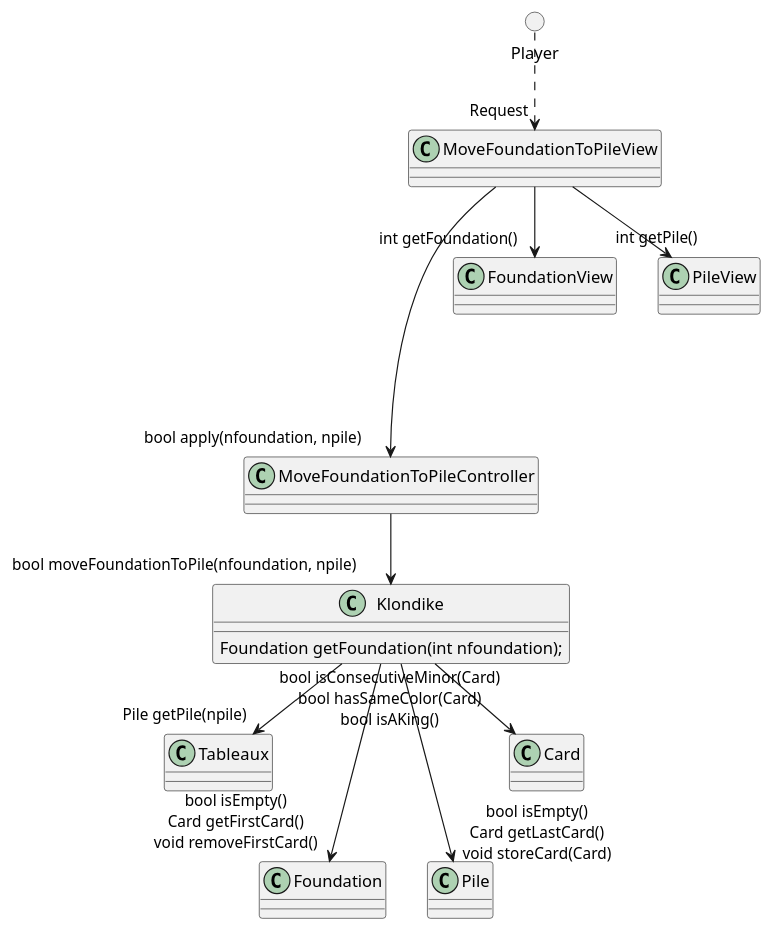
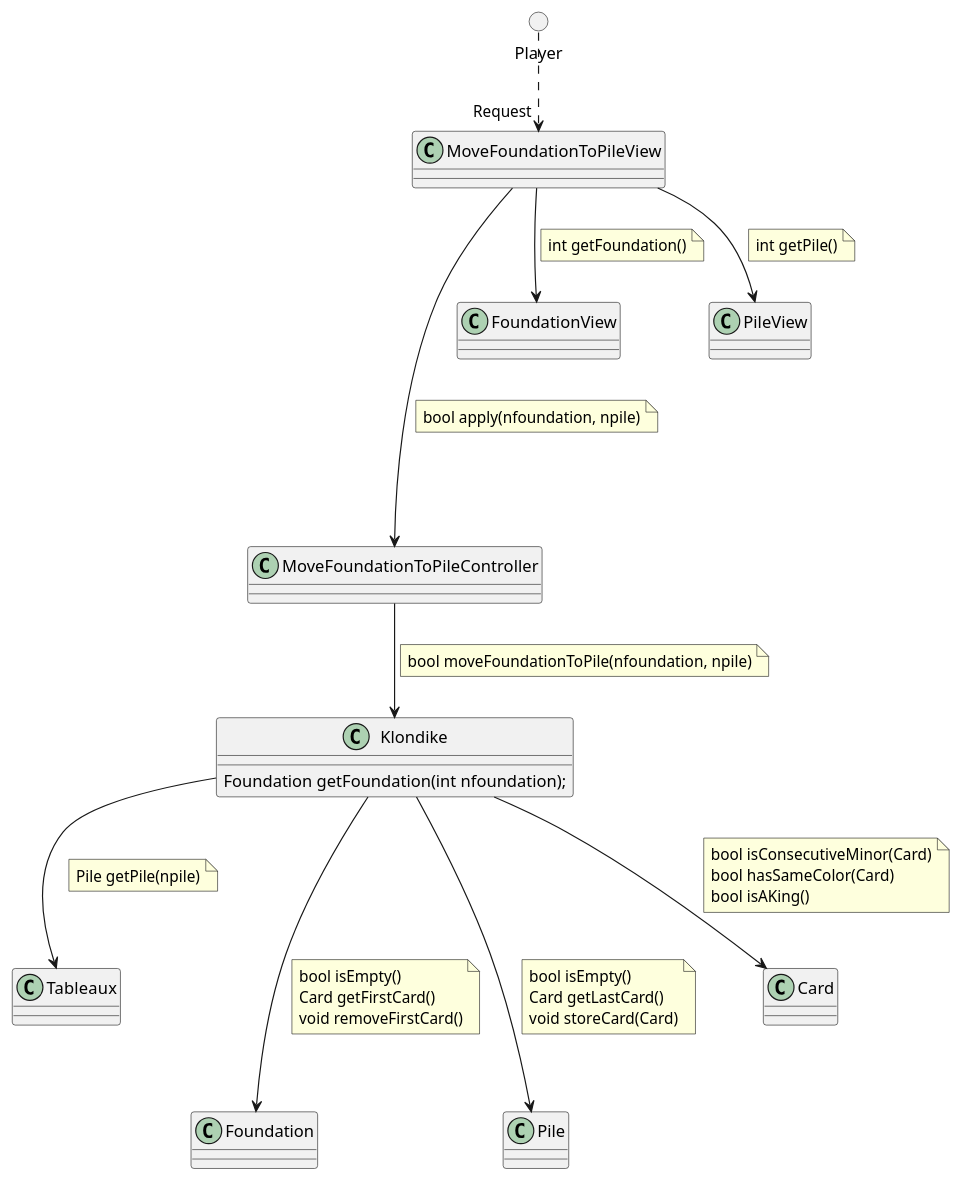
The diagram in analysis/collaboration/MoveFoundationToPile.puml (ciscoruiz/klondike), drawn with PlantUML before and after one commit. The commit also changed 2 other files, not shown here.

Commit message:
Use "note on link" expression to improve readability of diagrams

```diff
--- a/analysis/collaboration/MoveFoundationToPile.puml
+++ b/analysis/collaboration/MoveFoundationToPile.puml
@@ -1,27 +1,37 @@
 @startuml
 class MoveFoundationToPileView
 class MoveFoundationToPileController
 class Klondike
 circle Player
 
 Player ..> "Request" MoveFoundationToPileView
 
-MoveFoundationToPileView --> "int getFoundation()" FoundationView
-MoveFoundationToPileView --> "int getPile()" PileView
+MoveFoundationToPileView --> FoundationView
+note on link: int getFoundation()
 
-MoveFoundationToPileView ----> "bool apply(nfoundation, npile)" MoveFoundationToPileController
+MoveFoundationToPileView --> PileView
+note on link: int getPile()
 
-MoveFoundationToPileController --> "bool moveFoundationToPile(nfoundation, npile)" Klondike
+MoveFoundationToPileView ---->  MoveFoundationToPileController
+note on link: bool apply(nfoundation, npile)
+
+MoveFoundationToPileController --> Klondike
+note on link: bool moveFoundationToPile(nfoundation, npile)
 
 class Klondike {
    Foundation getFoundation(int nfoundation);
 }
 
-Klondike --> "Pile getPile(npile)" Tableaux
+Klondike --> Tableaux
+note on link: Pile getPile(npile)
 
-Klondike ---> "bool isEmpty()\nCard getFirstCard()\nvoid removeFirstCard()" Foundation
-Klondike ---> "bool isEmpty()\nCard getLastCard()\nvoid storeCard(Card)" Pile
+Klondike --->  Foundation
+note on link: bool isEmpty()\nCard getFirstCard()\nvoid removeFirstCard()
 
-Klondike --> "bool isConsecutiveMinor(Card)\nbool hasSameColor(Card)\nbool isAKing()" Card
+Klondike ---> Pile
+note on link: bool isEmpty()\nCard getLastCard()\nvoid storeCard(Card)
+
+Klondike --> Card
+note on link: bool isConsecutiveMinor(Card)\nbool hasSameColor(Card)\nbool isAKing()
 
 @enduml
```
